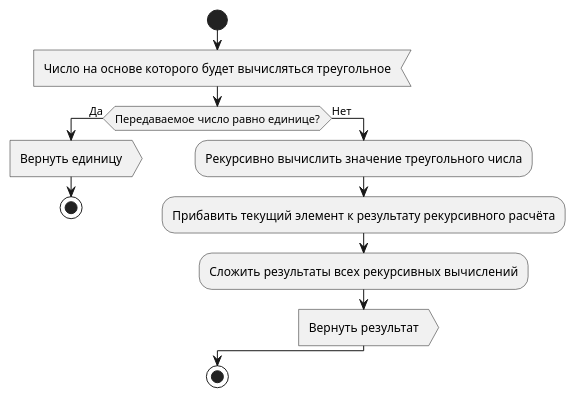
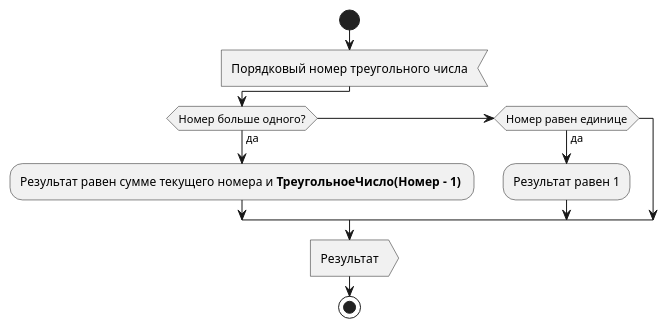
Before and after one commit to YA-NDT/IC-ADSC-TD: the diagram in Scenarios/3.3. Triangle.puml, drawn with PlantUML. The commit also changed 1 other file, not shown here.

Commit message:
треугольное число

```diff
--- a/Scenarios/3.3. Triangle.puml
+++ b/Scenarios/3.3. Triangle.puml
@@ -1,15 +1,11 @@
 @startuml
 start
-    :Число на основе которого будет вычисляться треугольное<
-
-    if (Передаваемое число равно единице?) then (Да)
-        :Вернуть единицу>
-        stop
-    else (Нет)
-        :Рекурсивно вычислить значение треугольного числа;
-        :Прибавить текущий элемент к результату рекурсивного расчёта;
-        :Сложить результаты всех рекурсивных вычислений;
-        :Вернуть результат>
-    endif
+:Порядковый номер треугольного числа<
+if (Номер больше одного?) then (да)
+	:Результат равен сумме текущего номера и <b>ТреугольноеЧисло(Номер - 1)</b> ;
+elseif (Номер равен единице) then (да)
+	:Результат равен 1;
+endif
+:Результат>
 stop
 @enduml
```
